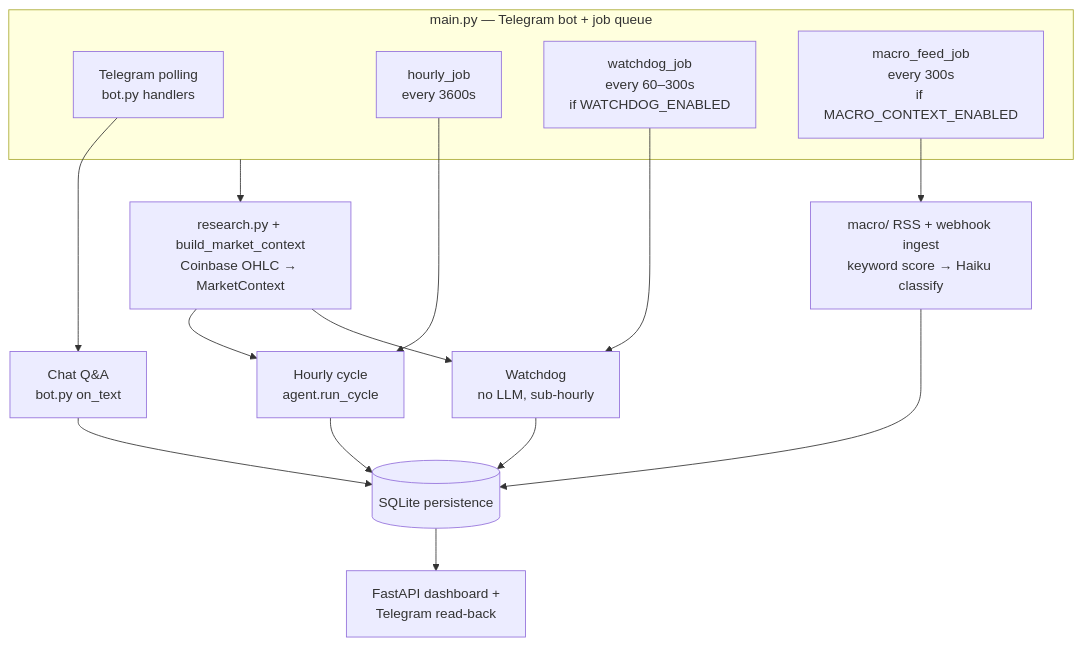
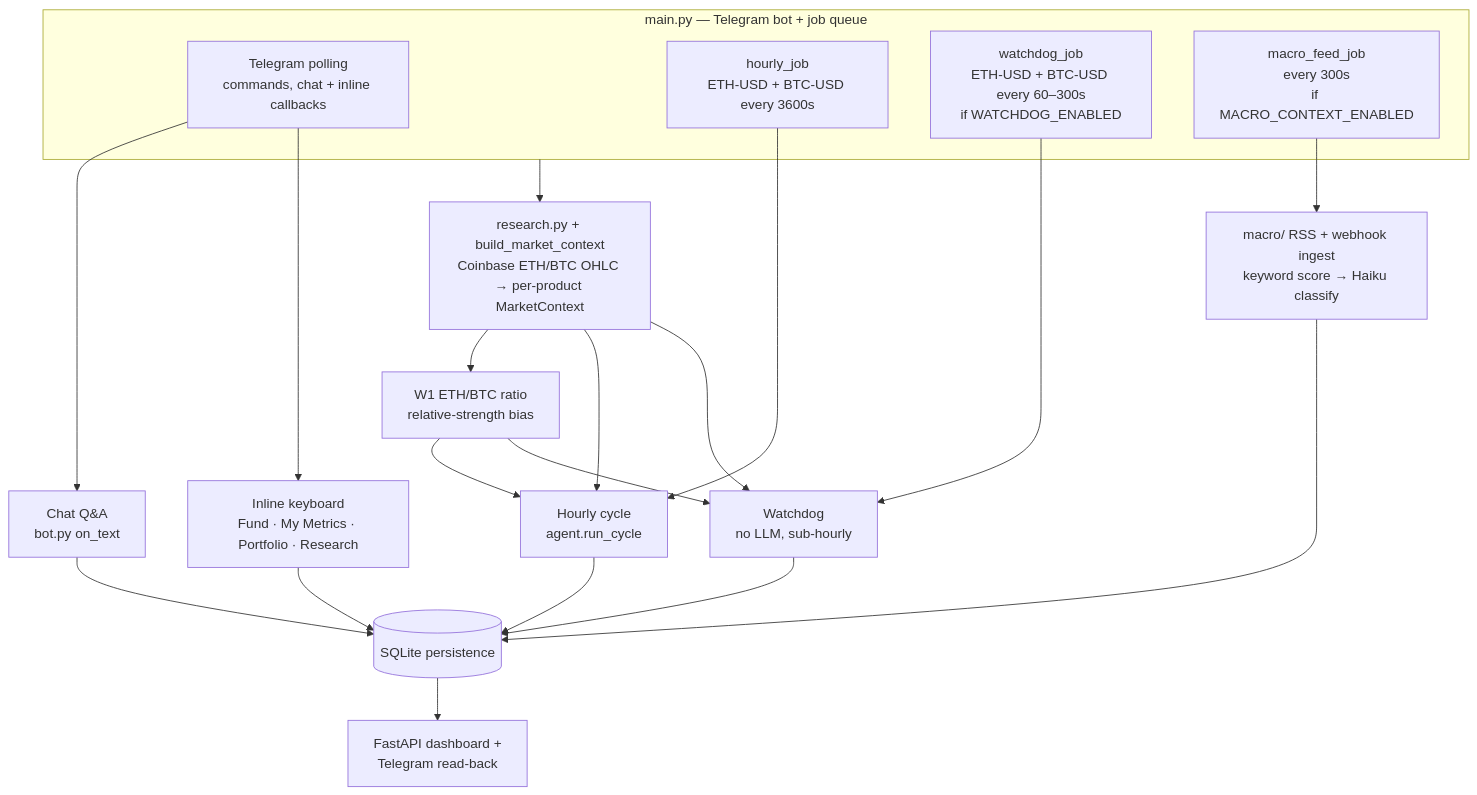
Before and after one commit to abagui11/kalshi_trading_bot: the first of 6 diagrams in deploy/PROJECT_STATE.md, drawn with Mermaid. The commit also changed other lines of this file and 33 other files, not shown here.

First line of the commit message:
Ship dual-asset ETH/BTC paper book with Fund contributions and USD-notional sizing.

````diff
--- a/deploy/PROJECT_STATE.md
+++ b/deploy/PROJECT_STATE.md
@@ -42,24 +42,29 @@
 ```mermaid
 flowchart TD
     subgraph ENTRY["main.py — Telegram bot + job queue"]
-        TG[Telegram polling<br/>bot.py handlers]
-        HJ[hourly_job<br/>every 3600s]
-        WJ[watchdog_job<br/>every 60–300s<br/>if WATCHDOG_ENABLED]
+        TG[Telegram polling<br/>commands, chat + inline callbacks]
+        HJ[hourly_job<br/>ETH-USD + BTC-USD every 3600s]
+        WJ[watchdog_job<br/>ETH-USD + BTC-USD every 60–300s<br/>if WATCHDOG_ENABLED]
         MJ[macro_feed_job<br/>every 300s<br/>if MACRO_CONTEXT_ENABLED]
     end
 
-    ENTRY --> DATA[research.py + build_market_context<br/>Coinbase OHLC → MarketContext]
+    ENTRY --> DATA[research.py + build_market_context<br/>Coinbase ETH/BTC OHLC → per-product MarketContext]
+    DATA --> RS[W1 ETH/BTC ratio<br/>relative-strength bias]
     MJ --> MACRO[macro/ RSS + webhook ingest<br/>keyword score → Haiku classify]
     MACRO --> STORE
 
     TG --> CHAT[Chat Q&A<br/>bot.py on_text]
+    TG --> TGUI[Inline keyboard<br/>Fund · My Metrics · Portfolio · Research]
     HJ --> HOURLY[Hourly cycle<br/>agent.run_cycle]
     WJ --> WATCH[Watchdog<br/>no LLM, sub-hourly]
     DATA --> HOURLY
     DATA --> WATCH
+    RS --> HOURLY
+    RS --> WATCH
 
     CHAT --> STORE[(SQLite persistence)]
+    TGUI --> STORE
     HOURLY --> STORE
     WATCH --> STORE
     STORE --> READ[FastAPI dashboard +<br/>Telegram read-back]
 ```
````
